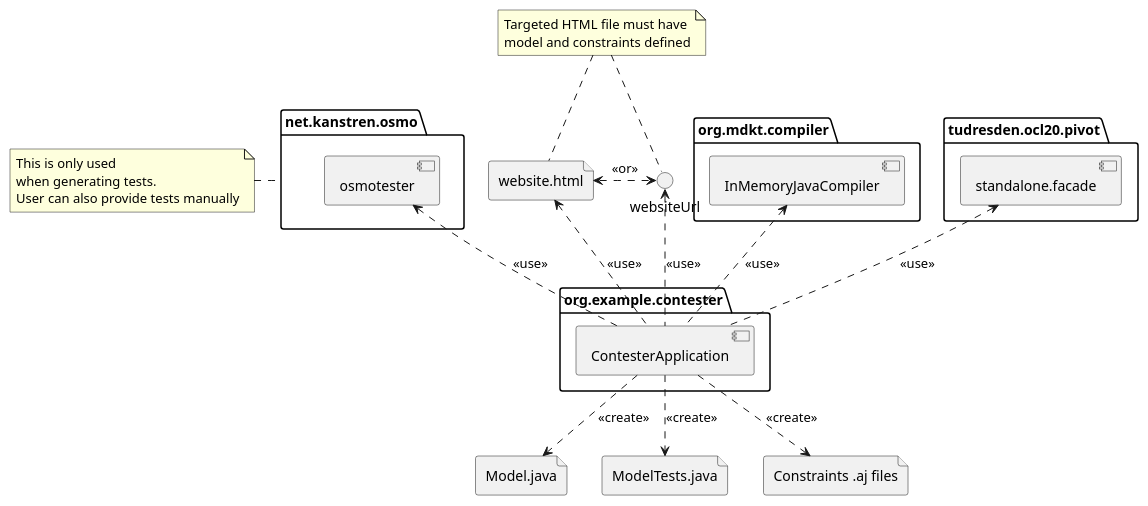
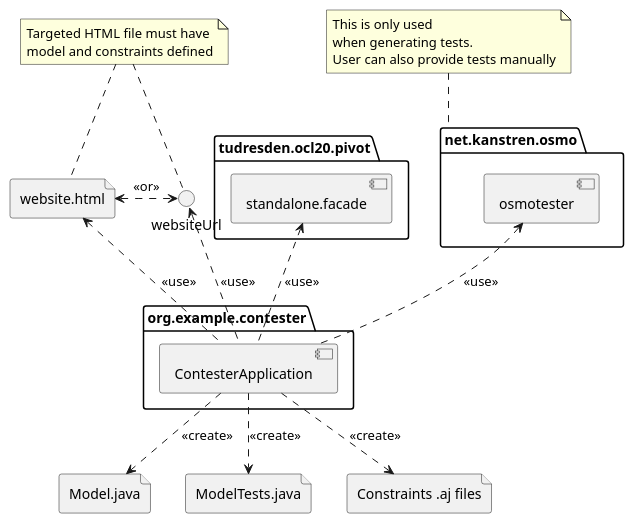
The diagram in uml/contester-component-diagram.puml (kwojcikowski/contester), drawn with PlantUML before and after one commit. The commit also changed 1 other file, not shown here.

Commit message:
Component diagram update

```diff
--- a/uml/contester-component-diagram.puml
+++ b/uml/contester-component-diagram.puml
@@ -1,51 +1,46 @@
-@startuml
+@startuml contester-component-diagram
 package org.example.contester {
     [ContesterApplication]
-}
-
-package org.mdkt.compiler {
-    [InMemoryJavaCompiler]
 }
 
 package tudresden.ocl20.pivot {
     [standalone.facade]
 }
 
 package net.kanstren.osmo {
     [osmotester]
 }
 
-note left of net.kanstren.osmo
+note top of net.kanstren.osmo
 This is only used
 when generating tests.
 User can also provide tests manually
 end note
 
 note as htmlNote
 Targeted HTML file must have
 model and constraints defined
 end note
 
 file website.html {
 }
-file "Model.java" {
+file Model.java {
 }
-file "ModelTests.java" {
+file ModelTests.java {
 }
-file "Constraints .aj files" {
+file "Constraints .aj files" as aj {
 }
 
 htmlNote .. website.html
 htmlNote .. websiteUrl
 websiteUrl <.. [ContesterApplication]: <<use>>
 website.html <.. [ContesterApplication]: <<use>>
 website.html <.> websiteUrl: <<or>>
-[InMemoryJavaCompiler] <.. [ContesterApplication]: <<use>>
 [standalone.facade] <.. [ContesterApplication]: <<use>>
 [osmotester] <.. [ContesterApplication]: <<use>>
 
 
-[ContesterApplication] ..> "Model.java": <<create>>
-[ContesterApplication] ..> "ModelTests.java": <<create>>
-[ContesterApplication] ..> "Constraints .aj files": <<create>>
+[ContesterApplication] ..> Model.java: <<create>>
+[ContesterApplication] ..> ModelTests.java: <<create>>
+[ContesterApplication] ..> aj: <<create>>
 @enduml
```
